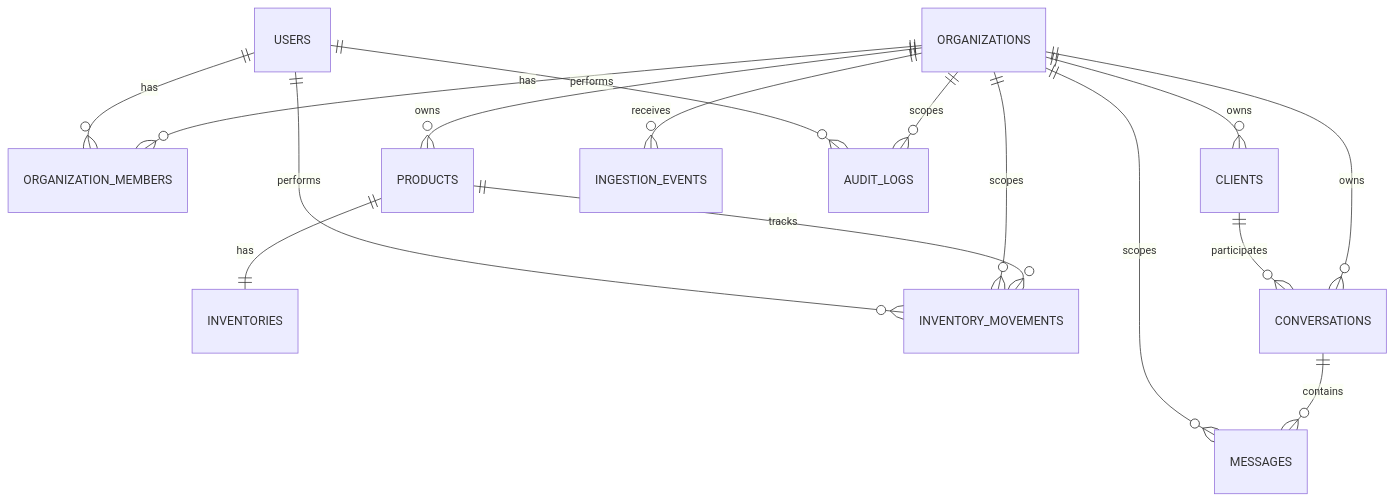
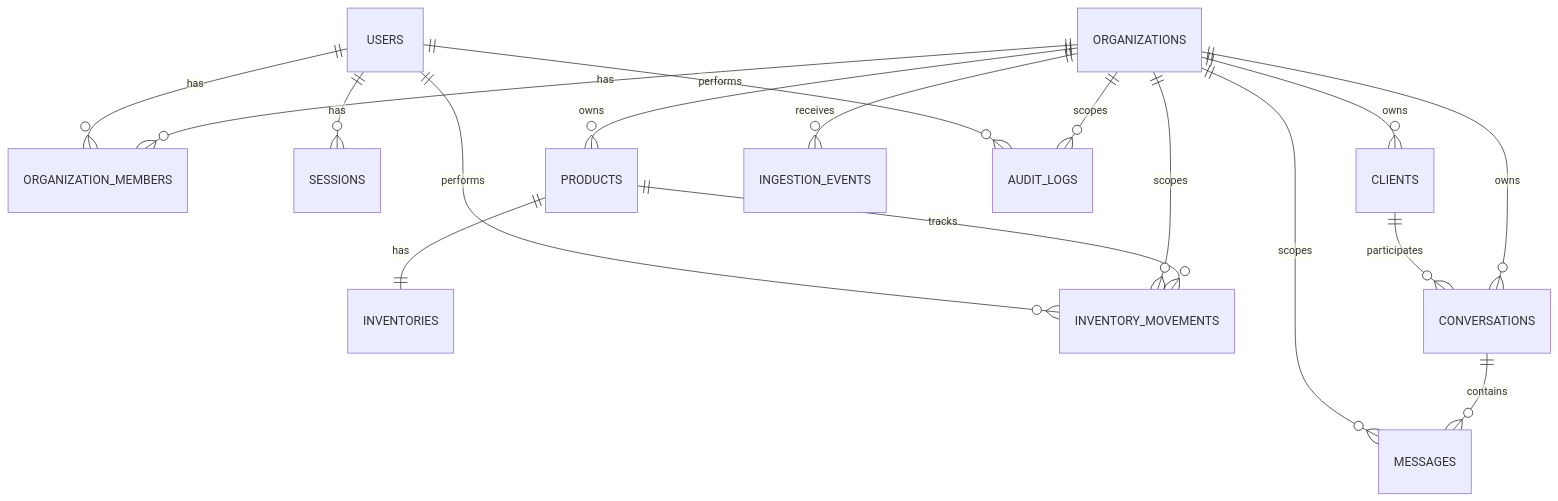
One commit to benjamurilloo/AI-WhatsApp-Agent-CRM changed the diagram in docs/architecture/DataModel.md. Above: the diagram before and after it, drawn with Mermaid. The commit also changed other lines of this file and 9 other files, not shown here.

````diff
--- a/docs/architecture/DataModel.md
+++ b/docs/architecture/DataModel.md
@@ -31,18 +31,19 @@
 ```mermaid
 erDiagram
     ORGANIZATIONS ||--o{ ORGANIZATION_MEMBERS : has
     USERS ||--o{ ORGANIZATION_MEMBERS : has
+    USERS ||--o{ SESSIONS : has
     ORGANIZATIONS ||--o{ CLIENTS : owns
     ORGANIZATIONS ||--o{ PRODUCTS : owns
     PRODUCTS ||--|| INVENTORIES : has
     PRODUCTS ||--o{ INVENTORY_MOVEMENTS : tracks
     ORGANIZATIONS ||--o{ INVENTORY_MOVEMENTS : scopes
     ORGANIZATIONS ||--o{ CONVERSATIONS : owns
     CLIENTS ||--o{ CONVERSATIONS : participates
     CONVERSATIONS ||--o{ MESSAGES : contains
     ORGANIZATIONS ||--o{ MESSAGES : scopes
     ORGANIZATIONS ||--o{ INGESTION_EVENTS : receives
     ORGANIZATIONS ||--o{ AUDIT_LOGS : scopes
     USERS ||--o{ AUDIT_LOGS : performs
     USERS ||--o{ INVENTORY_MOVEMENTS : performs
 ```
````
